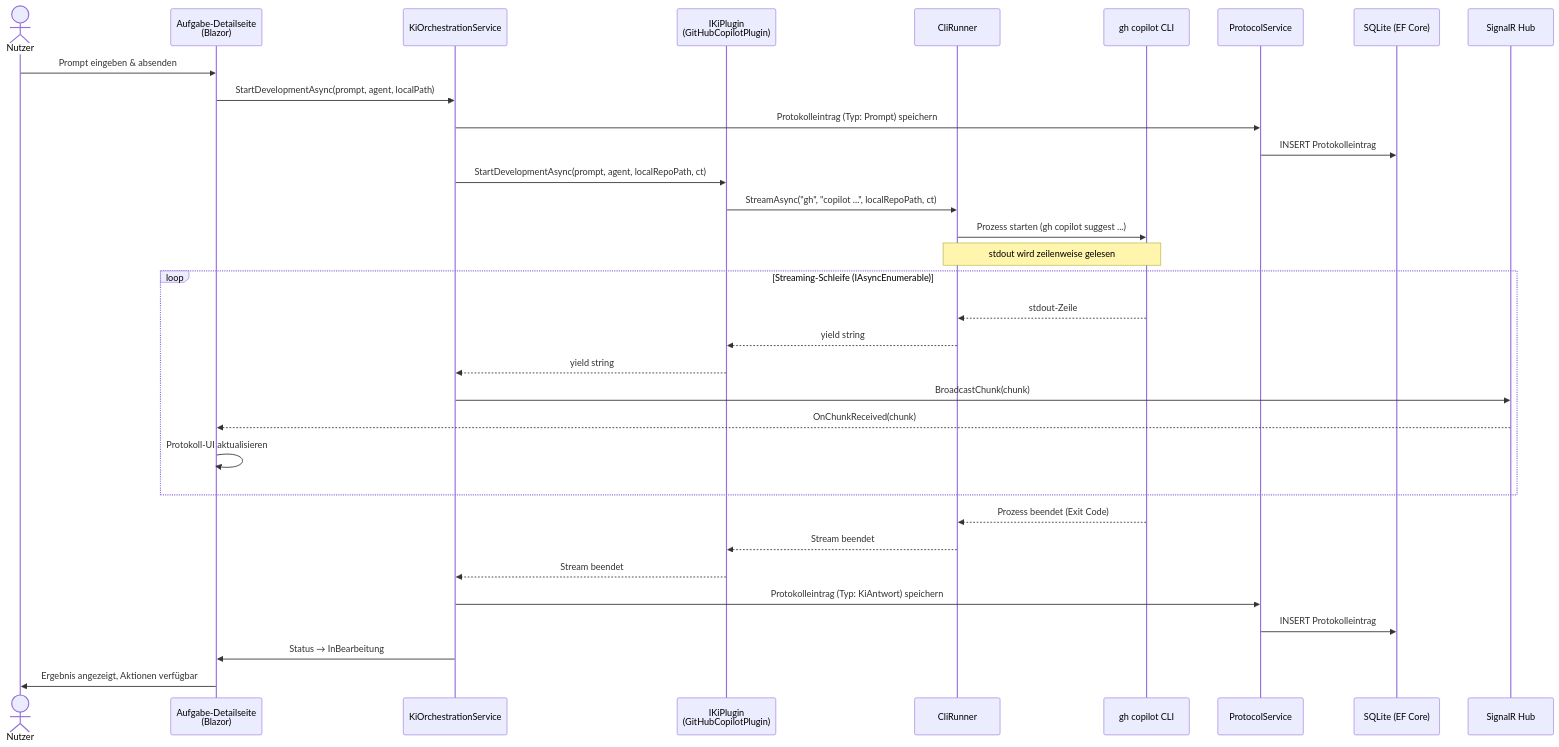
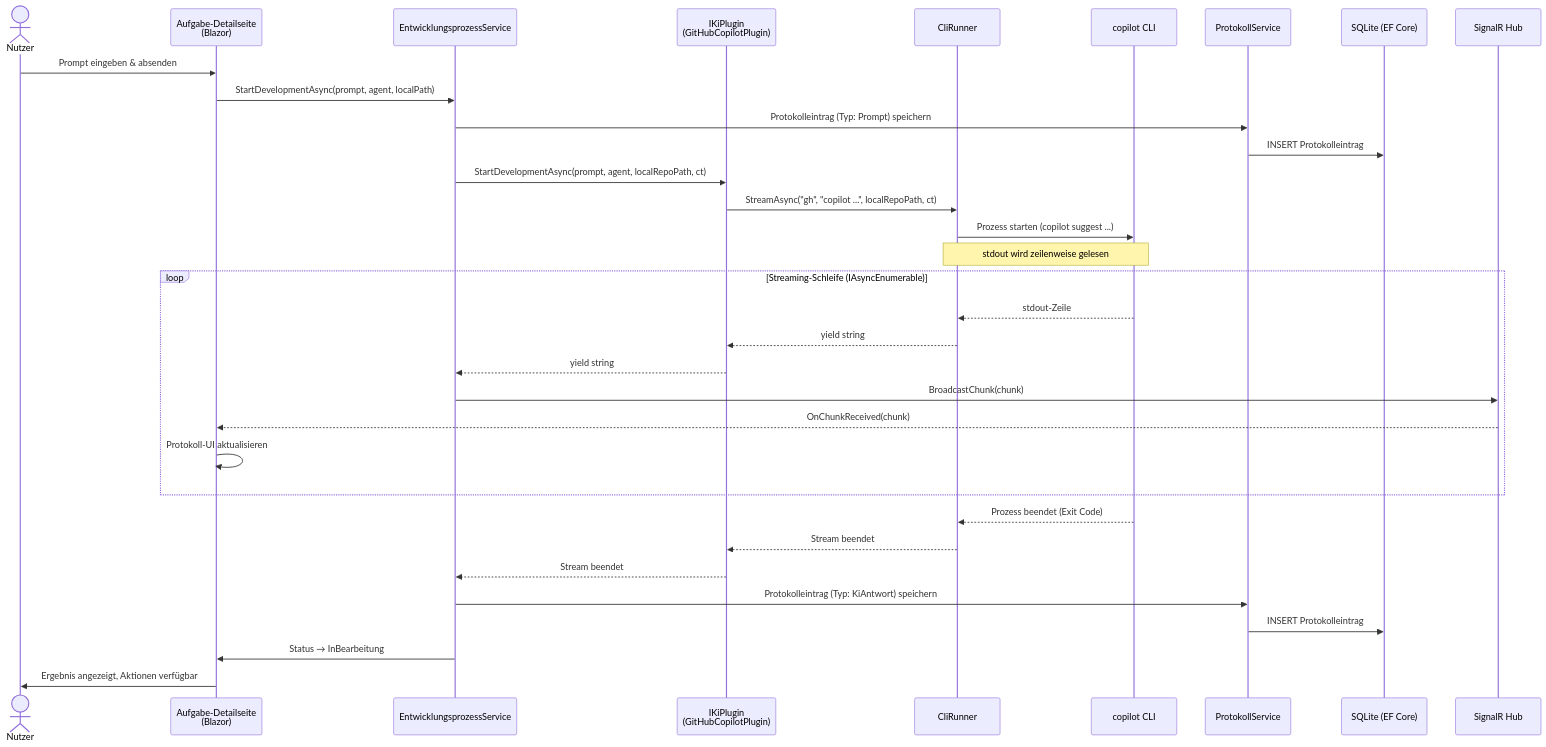
One commit to martin-stromberg/Softwareschmiede changed the sixth of 8 diagrams in docs/architecture/architecture-blueprint.md. Above: the diagram before and after it, drawn with Mermaid. The commit also changed other lines of this file and 67 other files, not shown here.

````diff
--- a/docs/architecture/architecture-blueprint.md
+++ b/docs/architecture/architecture-blueprint.md
@@ -408,36 +408,36 @@
 ```mermaid
 sequenceDiagram
     actor Nutzer
     participant AufgabeDetail as Aufgabe-Detailseite<br/>(Blazor)
-    participant KiService as KiOrchestrationService
+    participant KiService as EntwicklungsprozessService
     participant KiPlugin as IKiPlugin<br/>(GitHubCopilotPlugin)
     participant CliRunner as CliRunner
-    participant GhCopilot as gh copilot CLI
-    participant ProtokollService as ProtocolService
+    participant GhCopilot as copilot CLI
+    participant ProtokollService as ProtokollService
     participant DB as SQLite (EF Core)
     participant SignalR as SignalR Hub
 
     Nutzer->>AufgabeDetail: Prompt eingeben & absenden
     AufgabeDetail->>KiService: StartDevelopmentAsync(prompt, agent, localPath)
     KiService->>ProtokollService: Protokolleintrag (Typ: Prompt) speichern
     ProtokollService->>DB: INSERT Protokolleintrag
     KiService->>KiPlugin: StartDevelopmentAsync(prompt, agent, localRepoPath, ct)
     KiPlugin->>CliRunner: StreamAsync("gh", "copilot ...", localRepoPath, ct)
-    CliRunner->>GhCopilot: Prozess starten (gh copilot suggest ...)
+    CliRunner->>GhCopilot: Prozess starten (copilot suggest ...)
     Note over CliRunner,GhCopilot: stdout wird zeilenweise gelesen
     loop Streaming-Schleife (IAsyncEnumerable)
         GhCopilot-->>CliRunner: stdout-Zeile
         CliRunner-->>KiPlugin: yield string
         KiPlugin-->>KiService: yield string
         KiService->>SignalR: BroadcastChunk(chunk)
         SignalR-->>AufgabeDetail: OnChunkReceived(chunk)
         AufgabeDetail->>AufgabeDetail: Protokoll-UI aktualisieren
     end
     GhCopilot-->>CliRunner: Prozess beendet (Exit Code)
     CliRunner-->>KiPlugin: Stream beendet
     KiPlugin-->>KiService: Stream beendet
     KiService->>ProtokollService: Protokolleintrag (Typ: KiAntwort) speichern
     ProtokollService->>DB: INSERT Protokolleintrag
     KiService->>AufgabeDetail: Status → InBearbeitung
     AufgabeDetail->>Nutzer: Ergebnis angezeigt, Aktionen verfügbar
 ```
````
